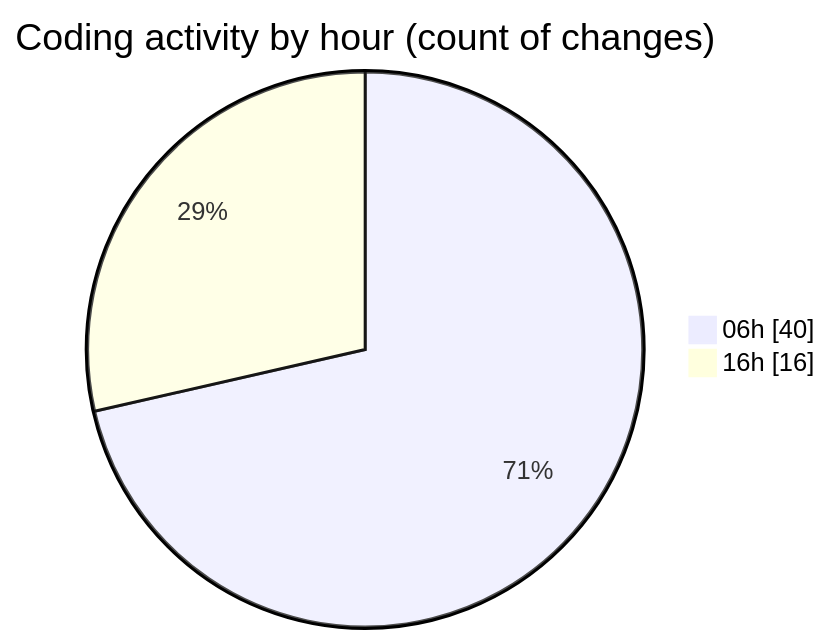
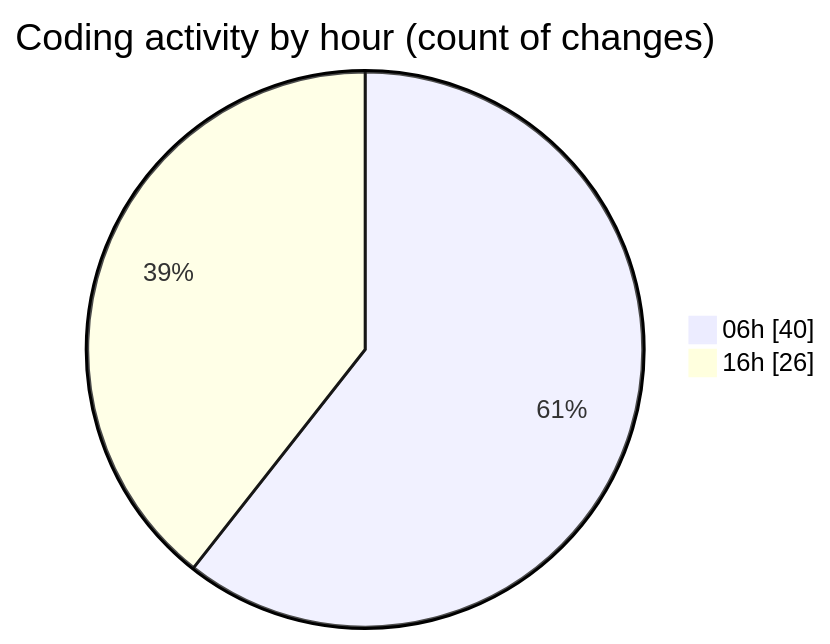
The second of 2 diagrams in 2025-02-25/micros/README.md (charlie-sans/code-tracking), drawn with Mermaid before and after one commit. The commit also changed other lines of this file and 1 other file, not shown here.

````diff
--- a/2025-02-25/micros/README.md
+++ b/2025-02-25/micros/README.md
@@ -43,6 +45,6 @@
 ```mermaid
 pie showData
 title Coding activity by hour (count of changes)
 "06h" : 40
-"16h" : 16
+"16h" : 26
 ```
````
